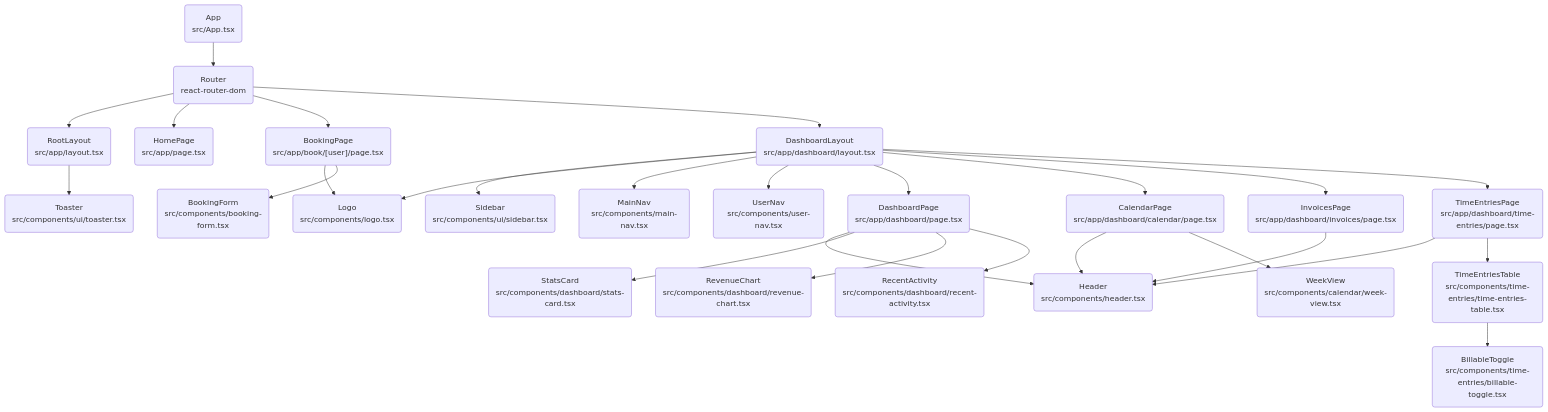
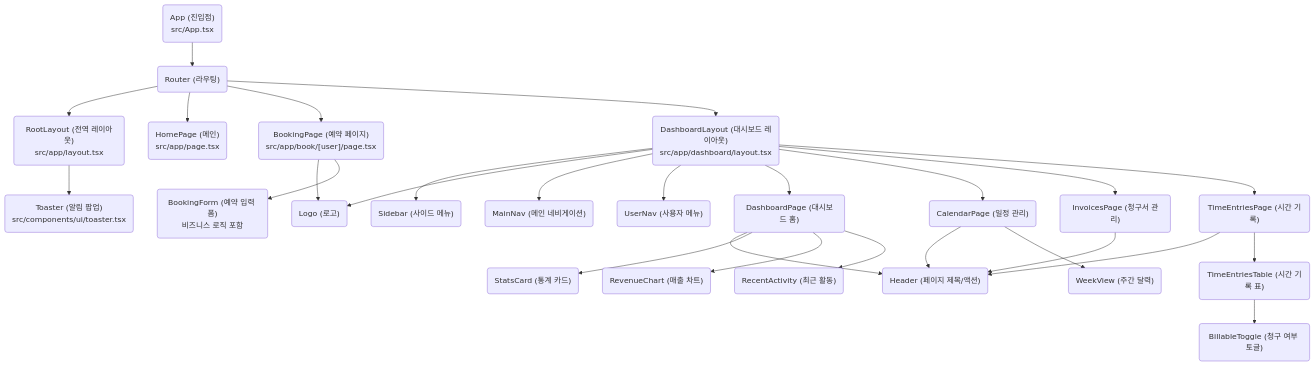
The second of 4 diagrams in docs/COMPONENT_ARCHITECTURE.md (withsuji/studio), drawn with Mermaid before and after one commit. The commit also changed other lines of this file, not shown here.

Commit message:
docs: 컴포넌트 아키텍처 문서 업데이트 (구조도 및 상세 설명 추가)

````diff
--- a/docs/COMPONENT_ARCHITECTURE.md
+++ b/docs/COMPONENT_ARCHITECTURE.md
@@ -7,72 +52,72 @@
 ```mermaid
 flowchart TD
-    App("App<br/>src/App.tsx")
-    Router("Router<br/>react-router-dom")
-    RootLayout("RootLayout<br/>src/app/layout.tsx")
-    Toaster("Toaster<br/>src/components/ui/toaster.tsx")
+    App("App (진입점)<br/>src/App.tsx")
+    Router("Router (라우팅)")
+    RootLayout("RootLayout (전역 레이아웃)<br/>src/app/layout.tsx")
+    Toaster("Toaster (알림 팝업)<br/>src/components/ui/toaster.tsx")
     
     %% Routes
-    HomePage("HomePage<br/>src/app/page.tsx")
-    BookingPage("BookingPage<br/>src/app/book/[user]/page.tsx")
-    DashboardLayout("DashboardLayout<br/>src/app/dashboard/layout.tsx")
+    HomePage("HomePage (메인)<br/>src/app/page.tsx")
+    BookingPage("BookingPage (예약 페이지)<br/>src/app/book/[user]/page.tsx")
+    DashboardLayout("DashboardLayout (대시보드 레이아웃)<br/>src/app/dashboard/layout.tsx")
     
     %% Booking Page Children
-    Logo("Logo<br/>src/components/logo.tsx")
-    BookingForm("BookingForm<br/>src/components/booking-form.tsx")
-
+    Logo("Logo (로고)")
+    BookingForm("BookingForm (예약 입력 폼)<br/>비즈니스 로직 포함")
+    
     %% Dashboard Layout Children
-    Sidebar("Sidebar<br/>src/components/ui/sidebar.tsx")
-    MainNav("MainNav<br/>src/components/main-nav.tsx")
-    UserNav("UserNav<br/>src/components/user-nav.tsx")
+    Sidebar("Sidebar (사이드 메뉴)")
+    MainNav("MainNav (메인 네비게이션)")
+    UserNav("UserNav (사용자 메뉴)")
     
     %% Dashboard Pages
-    DashboardPage("DashboardPage<br/>src/app/dashboard/page.tsx")
-    CalendarPage("CalendarPage<br/>src/app/dashboard/calendar/page.tsx")
-    InvoicesPage("InvoicesPage<br/>src/app/dashboard/invoices/page.tsx")
-    TimeEntriesPage("TimeEntriesPage<br/>src/app/dashboard/time-entries/page.tsx")
-
+    DashboardPage("DashboardPage (대시보드 홈)")
+    CalendarPage("CalendarPage (일정 관리)")
+    InvoicesPage("InvoicesPage (청구서 관리)")
+    TimeEntriesPage("TimeEntriesPage (시간 기록)")
+    
     %% Components
-    Header("Header<br/>src/components/header.tsx")
-    StatsCard("StatsCard<br/>src/components/dashboard/stats-card.tsx")
-    RevenueChart("RevenueChart<br/>src/components/dashboard/revenue-chart.tsx")
-    RecentActivity("RecentActivity<br/>src/components/dashboard/recent-activity.tsx")
-    WeekView("WeekView<br/>src/components/calendar/week-view.tsx")
-    TimeEntriesTable("TimeEntriesTable<br/>src/components/time-entries/time-entries-table.tsx")
-    BillableToggle("BillableToggle<br/>src/components/time-entries/billable-toggle.tsx")
-
+    Header("Header (페이지 제목/액션)")
+    StatsCard("StatsCard (통계 카드)")
+    RevenueChart("RevenueChart (매출 차트)")
+    RecentActivity("RecentActivity (최근 활동)")
+    WeekView("WeekView (주간 달력)")
+    TimeEntriesTable("TimeEntriesTable (시간 기록 표)")
+    BillableToggle("BillableToggle (청구 여부 토글)")
+    
     %% Connections
     App --> Router
     Router --> RootLayout
     RootLayout --> Toaster
     
     Router --> HomePage
     Router --> BookingPage
     Router --> DashboardLayout
-
+    
     BookingPage --> Logo
     BookingPage --> BookingForm
-
+    
     DashboardLayout --> Sidebar
     DashboardLayout --> Logo
     DashboardLayout --> MainNav
     DashboardLayout --> UserNav
     DashboardLayout --> DashboardPage
     DashboardLayout --> CalendarPage
     DashboardLayout --> InvoicesPage
     DashboardLayout --> TimeEntriesPage
-
+    
     DashboardPage --> Header
     DashboardPage --> StatsCard
     DashboardPage --> RevenueChart
     DashboardPage --> RecentActivity
-
+    
     CalendarPage --> Header
     CalendarPage --> WeekView
-
+    
     InvoicesPage --> Header
-
+    
     TimeEntriesPage --> Header
     TimeEntriesPage --> TimeEntriesTable
-
+    
     TimeEntriesTable --> BillableToggle
 ```
````
